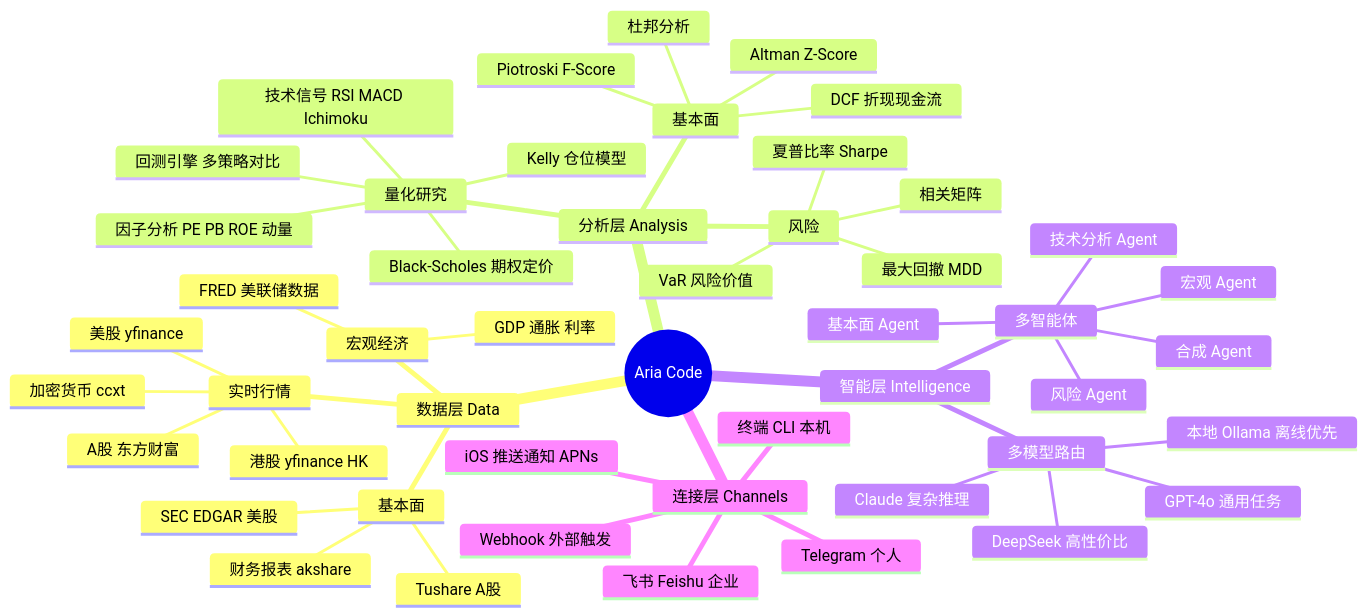
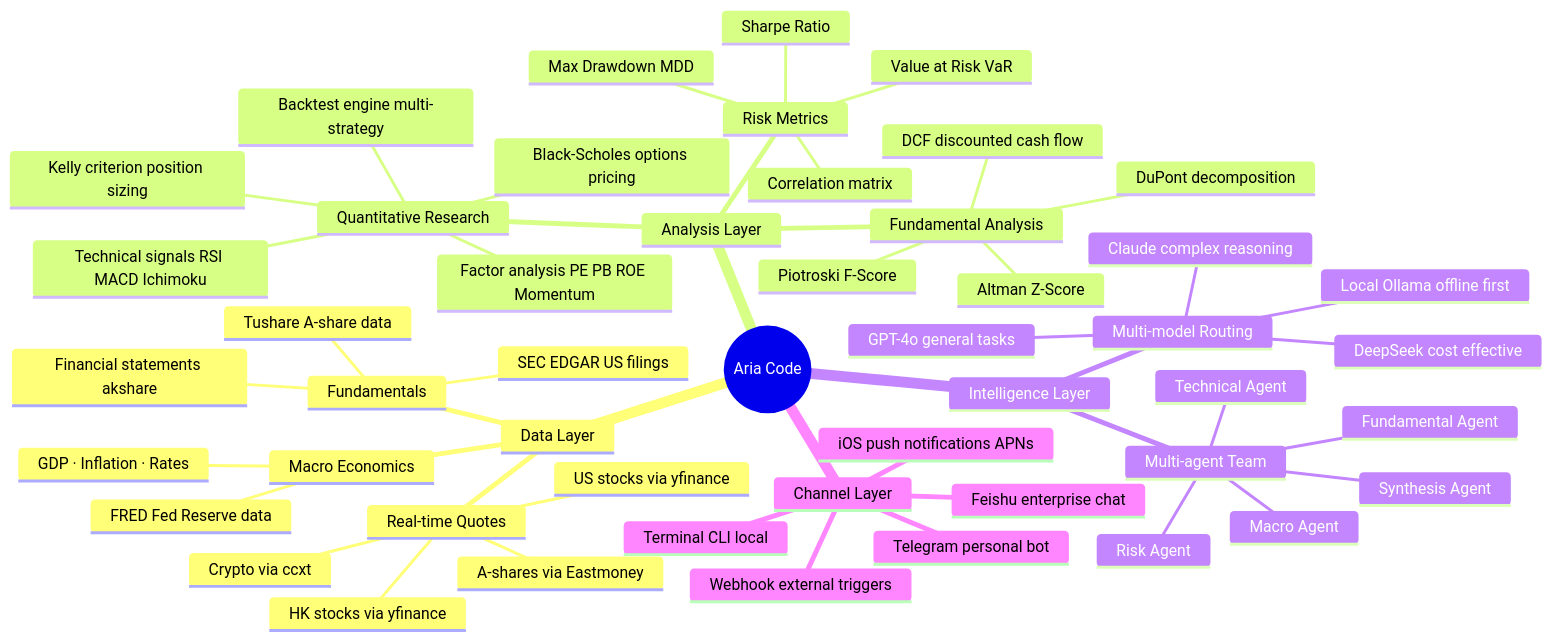
One commit to artherahq/aria-code changed the diagram in README.md. Above: the diagram before and after it, drawn with Mermaid. The commit also changed other lines of this file and 1 other file, not shown here.

````diff
--- a/README.md
+++ b/README.md
@@ -55,52 +63,52 @@
 ```mermaid
 mindmap
   root((Aria Code))
-    数据层 Data
-      实时行情
-        A股 东方财富
-        美股 yfinance
-        港股 yfinance HK
-        加密货币 ccxt
-      基本面
-        财务报表 akshare
-        SEC EDGAR 美股
-        Tushare A股
-      宏观经济
-        FRED 美联储数据
-        GDP 通胀 利率
-    分析层 Analysis
-      量化研究
-        技术信号 RSI MACD Ichimoku
-        因子分析 PE PB ROE 动量
-        回测引擎 多策略对比
-        Kelly 仓位模型
-        Black-Scholes 期权定价
-      基本面
-        DCF 折现现金流
+    Data Layer
+      Real-time Quotes
+        A-shares via Eastmoney
+        US stocks via yfinance
+        HK stocks via yfinance
+        Crypto via ccxt
+      Fundamentals
+        Financial statements akshare
+        SEC EDGAR US filings
+        Tushare A-share data
+      Macro Economics
+        FRED Fed Reserve data
+        GDP · Inflation · Rates
+    Analysis Layer
+      Quantitative Research
+        Technical signals RSI MACD Ichimoku
+        Factor analysis PE PB ROE Momentum
+        Backtest engine multi-strategy
+        Kelly criterion position sizing
+        Black-Scholes options pricing
+      Fundamental Analysis
+        DCF discounted cash flow
         Piotroski F-Score
         Altman Z-Score
-        杜邦分析
-      风险
-        最大回撤 MDD
-        夏普比率 Sharpe
-        VaR 风险价值
-        相关矩阵
-    智能层 Intelligence
-      多模型路由
-        本地 Ollama 离线优先
-        Claude 复杂推理
-        DeepSeek 高性价比
-        GPT-4o 通用任务
-      多智能体
-        基本面 Agent
-        技术分析 Agent
-        宏观 Agent
-        风险 Agent
-        合成 Agent
-    连接层 Channels
-      终端 CLI 本机
-      飞书 Feishu 企业
-      Telegram 个人
-      iOS 推送通知 APNs
-      Webhook 外部触发
+        DuPont decomposition
+      Risk Metrics
+        Max Drawdown MDD
+        Sharpe Ratio
+        Value at Risk VaR
+        Correlation matrix
+    Intelligence Layer
+      Multi-model Routing
+        Local Ollama offline first
+        Claude complex reasoning
+        DeepSeek cost effective
+        GPT-4o general tasks
+      Multi-agent Team
+        Fundamental Agent
+        Technical Agent
+        Macro Agent
+        Risk Agent
+        Synthesis Agent
+    Channel Layer
+      Terminal CLI local
+      Feishu enterprise chat
+      Telegram personal bot
+      iOS push notifications APNs
+      Webhook external triggers
 ```
````
